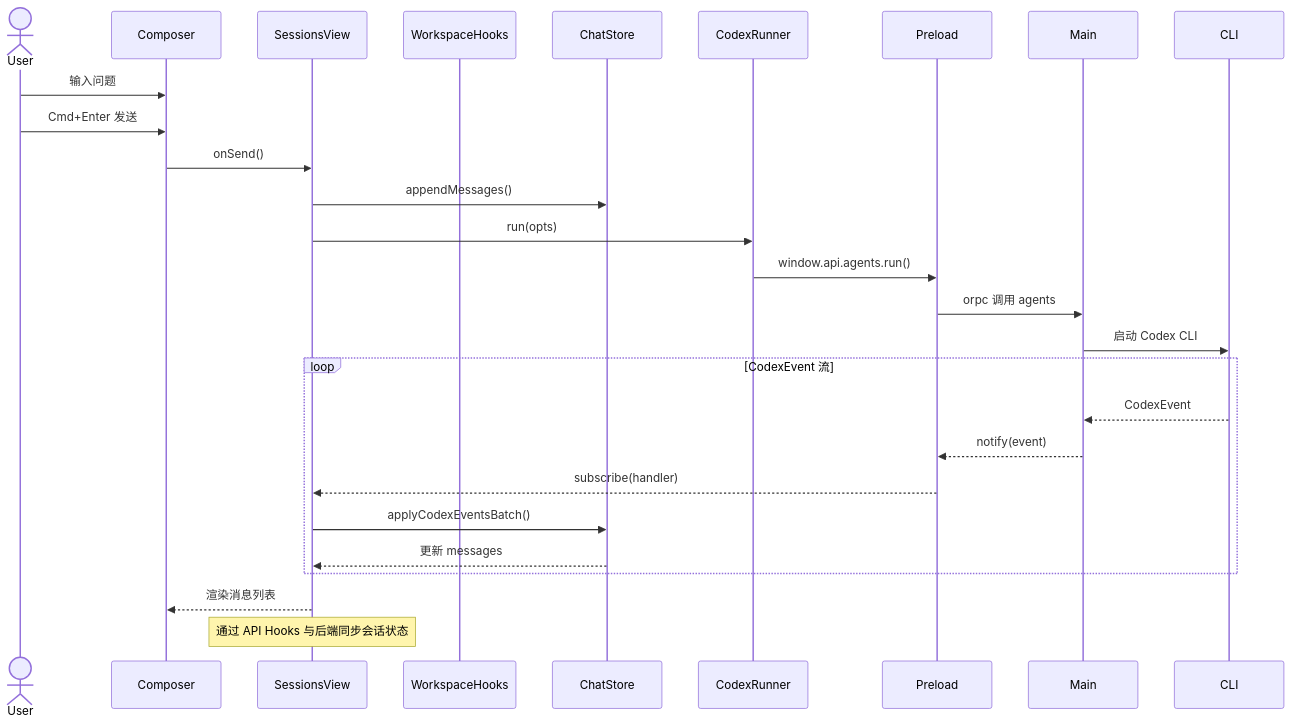
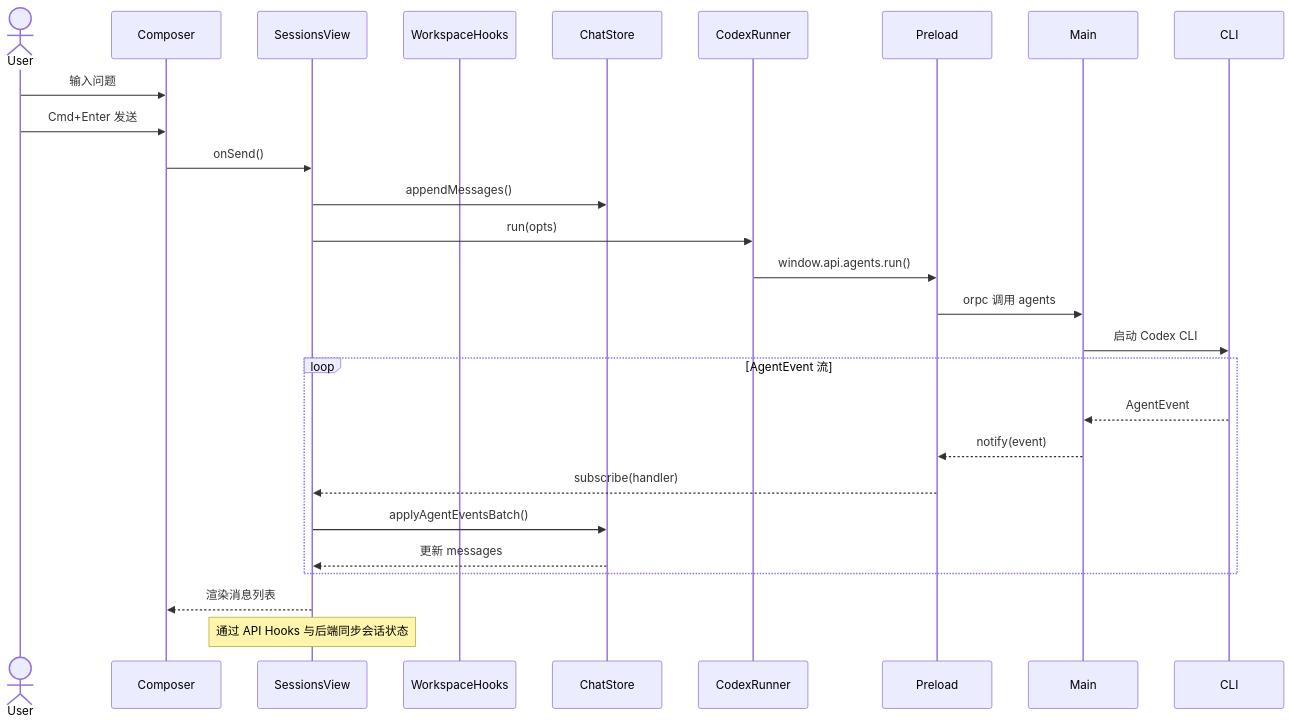
Before and after one commit to hylarucoder/rantcode: the second of 2 diagrams in docs/design/architecture.md, drawn with Mermaid. The commit also changed other lines of this file and 30 other files, not shown here.

````diff
--- a/docs/design/architecture.md
+++ b/docs/design/architecture.md
@@ -125,32 +125,32 @@
 ```mermaid
 sequenceDiagram
   actor User
   participant Composer
   participant SessionsView
   participant WorkspaceHooks
   participant ChatStore
   participant CodexRunner
   participant Preload
   participant Main
   participant CLI
 
   User->>Composer: 输入问题
   User->>Composer: Cmd+Enter 发送
   Composer->>SessionsView: onSend()
   SessionsView->>ChatStore: appendMessages()
   SessionsView->>CodexRunner: run(opts)
   CodexRunner->>Preload: window.api.agents.run()
   Preload->>Main: orpc 调用 agents
   Main->>CLI: 启动 Codex CLI
 
-  loop CodexEvent 流
-    CLI-->>Main: CodexEvent
+  loop AgentEvent 流
+    CLI-->>Main: AgentEvent
     Main-->>Preload: notify(event)
     Preload-->>SessionsView: subscribe(handler)
-    SessionsView->>ChatStore: applyCodexEventsBatch()
+    SessionsView->>ChatStore: applyAgentEventsBatch()
     ChatStore-->>SessionsView: 更新 messages
   end
 
   SessionsView-->>Composer: 渲染消息列表
   Note over SessionsView: 通过 API Hooks 与后端同步会话状态
 ```
````
